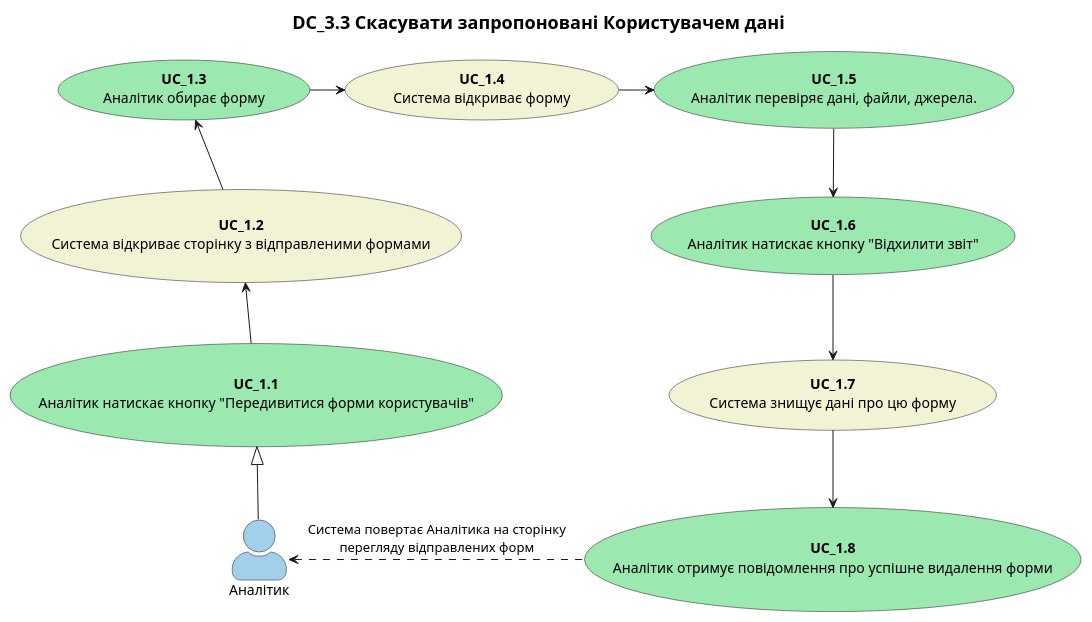
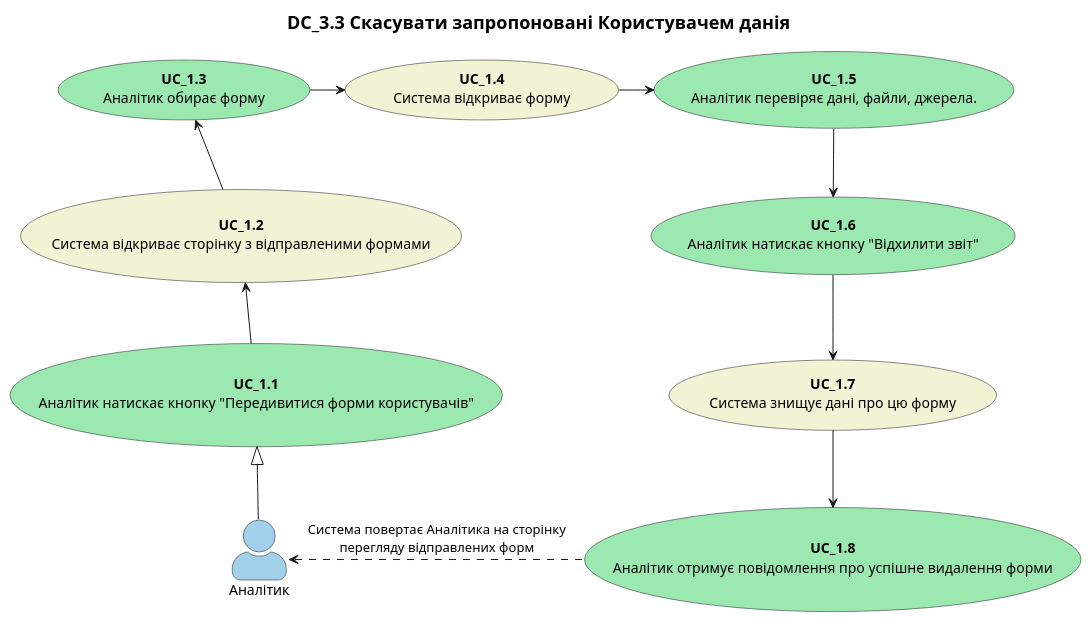
One commit to boldak/edu-db-cw changed diagram 11 of 11 in docs/use cases/README.md. Above: the diagram before and after it, drawn with PlantUML. The commit also changed other lines of this file, not shown here.

```diff
--- a/docs/use cases/README.md
+++ b/docs/use cases/README.md
@@ -646,30 +551,30 @@
 @startuml
 
     title
-        <font size=18 color=black>DC_3.3 Скасувати запропоновані Користувачем дані
+        <font size=18 color=black>DC_3.3 Скасувати запропоновані Користувачем данія
     end title
 
     skinparam actorStyle awesome
 
     actor "Аналітик" as User #a2d0eb
 
     usecase "<b>UC_1.1</b>\nАналітик натискає кнопку "Передивитися форми користувачів"" as S1 #9be8b0
     usecase "<b>UC_1.2</b>\nСистема відкриває сторінку з відправленими формами" as S2 #f2f2d5
     usecase "<b>UC_1.3</b>\nАналітик обирає форму" as S3 #9be8b0
     usecase "<b>UC_1.4</b>\nСистема відкриває форму" as S4 #f2f2d5
     usecase "<b>UC_1.5</b>\nАналітик перевіряє дані, файли, джерела." as S5 #9be8b0
     usecase "<b>UC_1.6</b>\nАналітик натискає кнопку "Відхилити звіт"" as S6 #9be8b0
     usecase "<b>UC_1.7</b>\nСистема знищує дані про цю форму" as S7 #f2f2d5
     usecase "<b>UC_1.8</b>\nАналітик отримує повідомлення про успішне видалення форми" as S8 #9be8b0
 
     User -up-|> S1
     S1 -up-> S2
     S2 -up-> S3
     S3 -right-> S4
     S4 -right-> S5
     S5 -down-> S6
     S6 -down-> S7
     S7 -down-> S8
     S8 -left.> User: Система повертає Аналітика на сторінку\nперегляду відправлених форм
 
 @enduml
```
